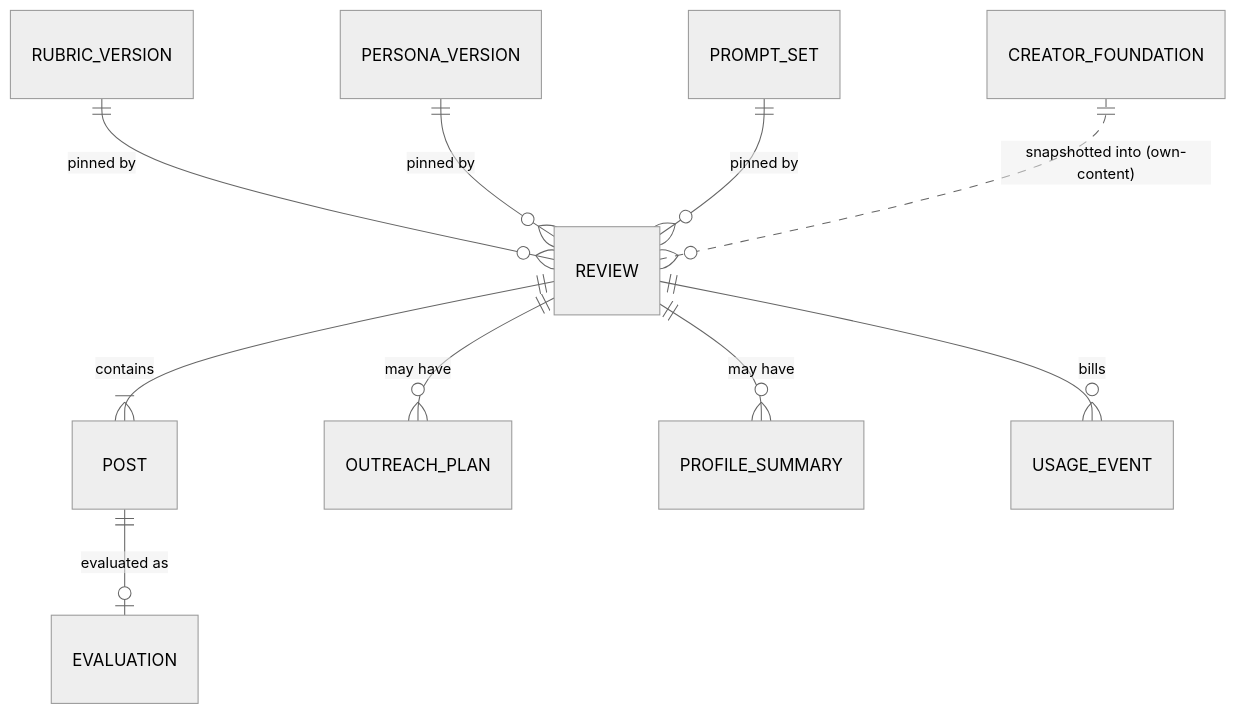
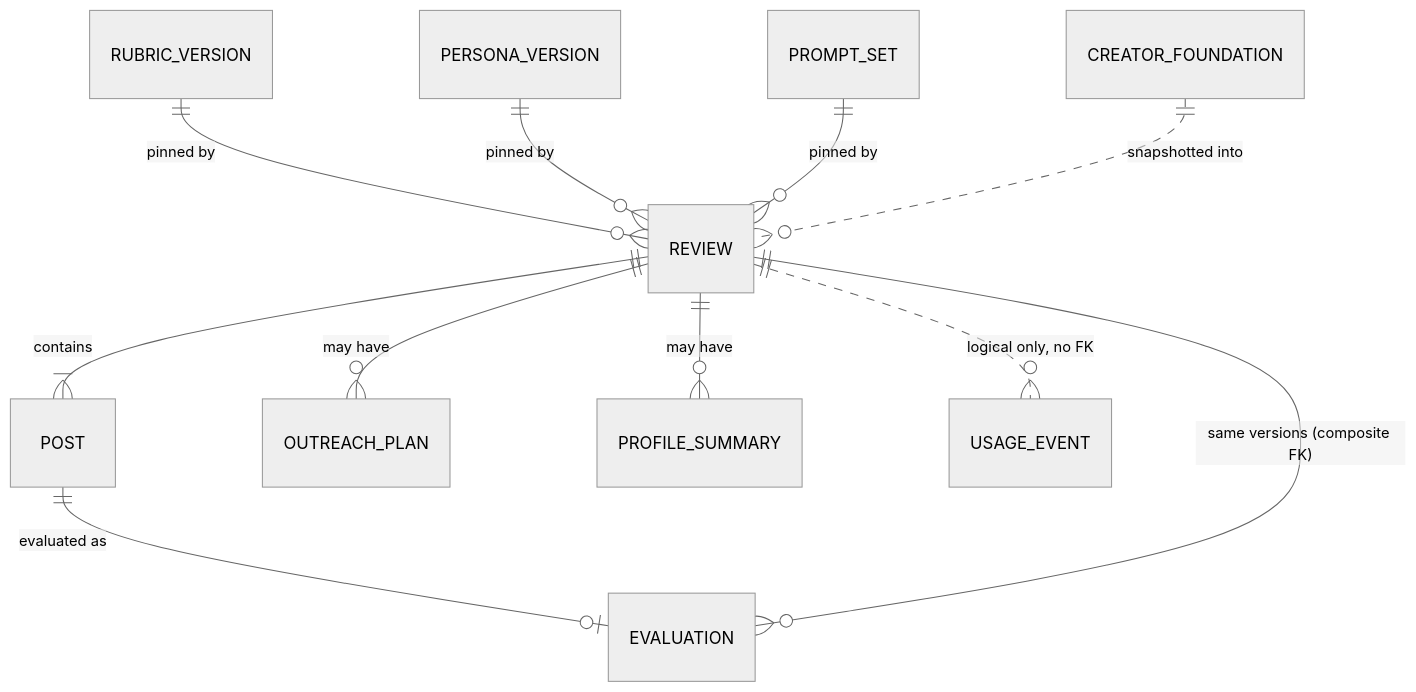
One commit to bennchristian/FC-Final-Project changed the third of 3 diagrams in _bmad-output/planning-artifacts/architecture/architecture-FC-Final-Project-2026-10-21/ARCHITECTURE-SPINE.md. Above: the diagram before and after it, drawn with Mermaid (neutral theme). The commit also changed other lines of this file and 14 other files, not shown here.

Commit message:
Architecture and Design UX Update

````diff
--- a/_bmad-output/planning-artifacts/architecture/architecture-FC-Final-Project-2026-10-21/ARCHITECTURE-SPINE.md
+++ b/_bmad-output/planning-artifacts/architecture/architecture-FC-Final-Project-2026-10-21/ARCHITECTURE-SPINE.md
@@ -279,12 +514,13 @@
 ```mermaid
 erDiagram
   RUBRIC_VERSION ||--o{ REVIEW : "pinned by"
   PERSONA_VERSION ||--o{ REVIEW : "pinned by"
   PROMPT_SET ||--o{ REVIEW : "pinned by"
   REVIEW ||--|{ POST : contains
   POST ||--o| EVALUATION : "evaluated as"
+  REVIEW ||--o{ EVALUATION : "same versions (composite FK)"
   REVIEW ||--o{ OUTREACH_PLAN : "may have"
   REVIEW ||--o{ PROFILE_SUMMARY : "may have"
-  CREATOR_FOUNDATION ||..o{ REVIEW : "snapshotted into (own-content)"
-  REVIEW ||--o{ USAGE_EVENT : "bills"
+  CREATOR_FOUNDATION ||..o{ REVIEW : "snapshotted into"
+  REVIEW ||..o{ USAGE_EVENT : "logical only, no FK"
 ```
````
